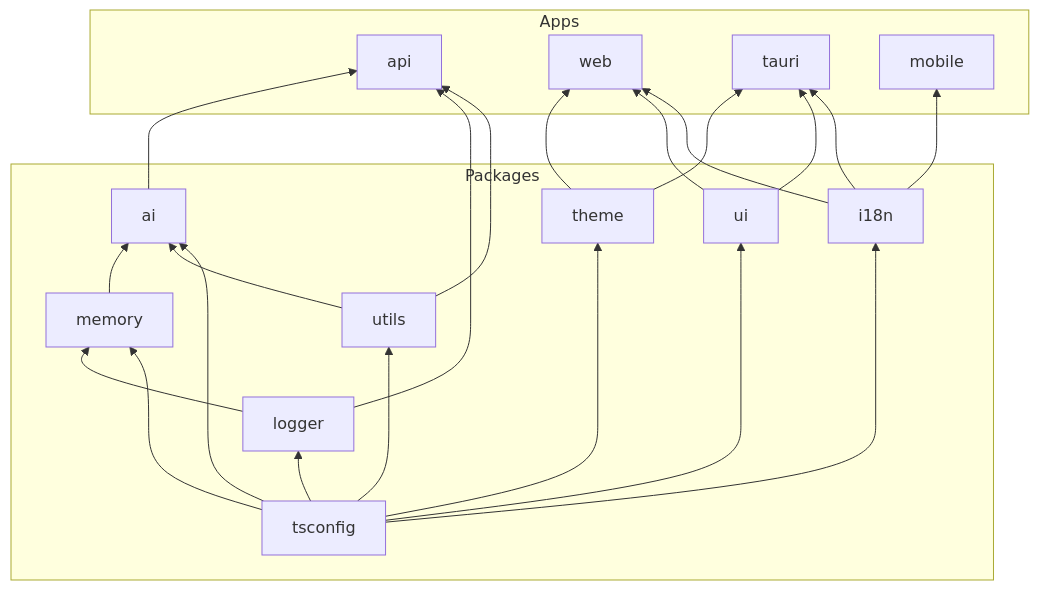
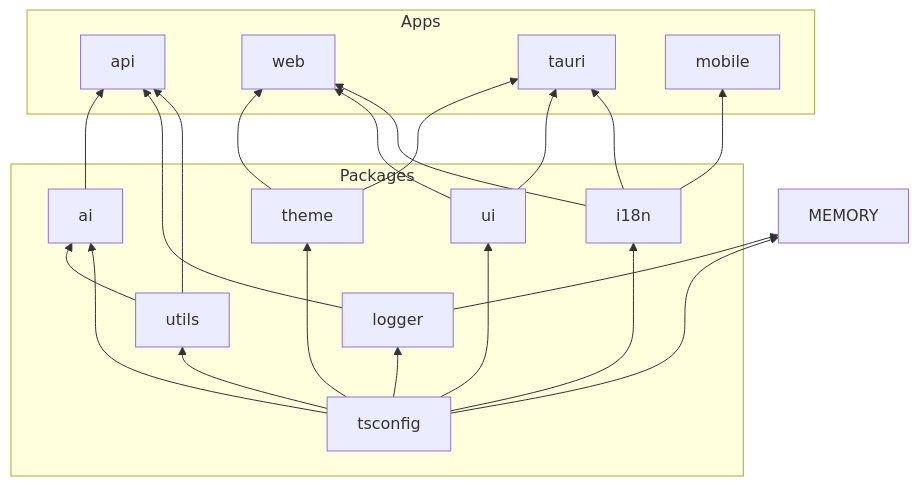
One commit to Pleasurecruise/my-monorepo changed the diagram in docs/README.md. Above: the diagram before and after it, drawn with Mermaid. The commit also changed 30 other files, not shown here.

````diff
--- a/docs/README.md
+++ b/docs/README.md
@@ -23,31 +23,29 @@
 ```mermaid
 graph BT
     subgraph Packages
         TSCONFIG[tsconfig]
         UTILS[utils]
         I18N[i18n]
         UI[ui]
         THEME[theme]
         LOGGER[logger]
-        MEMORY[memory]
         AI[ai]
     end
 
     subgraph Apps
         API[api]
         WEB[web]
         TAURI[tauri]
         MOBILE[mobile]
     end
 
     TSCONFIG --> UTILS & I18N & UI & THEME & LOGGER & MEMORY & AI
     LOGGER --> MEMORY
     UTILS --> AI
-    MEMORY --> AI
     UTILS --> API
     LOGGER --> API
     AI --> API
     I18N --> WEB & TAURI & MOBILE
     UI --> WEB & TAURI
     THEME --> WEB & TAURI
 ```
````
